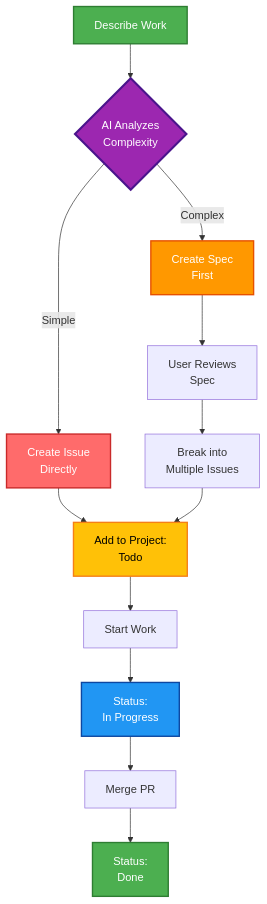
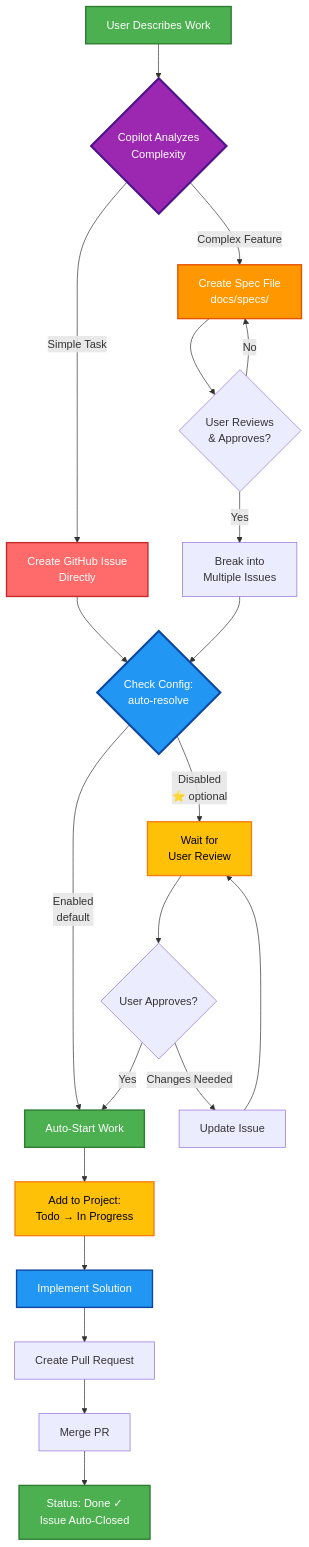
One commit to leopagotto/ingvar-kit changed the second of 2 diagrams in README.md. Above: the diagram before and after it, drawn with Mermaid. The commit also changed other lines of this file and 3 other files, not shown here.

Commit message:
docs: update architecture diagrams & wiki for v2.6.0

````diff
--- a/README.md
+++ b/README.md
@@ -106,22 +127,39 @@
 ```mermaid
 graph TB
-    A[Describe Work] --> B{AI Analyzes<br/>Complexity}
-    B -->|Simple| C[Create Issue<br/>Directly]
-    B -->|Complex| D[Create Spec<br/>First]
-    D --> E[User Reviews<br/>Spec]
-    E --> F[Break into<br/>Multiple Issues]
-    C --> G[Add to Project:<br/>Todo]
+    A[User Describes Work] --> B{Copilot Analyzes<br/>Complexity}
+
+    B -->|Simple Task| C[Create GitHub Issue<br/>Directly]
+    B -->|Complex Feature| D[Create Spec File<br/>docs/specs/]
+
+    D --> E{User Reviews<br/>& Approves?}
+    E -->|Yes| F[Break into<br/>Multiple Issues]
+    E -->|No| D
+
+    C --> G{Check Config:<br/>auto-resolve}
     F --> G
-    G --> H[Start Work]
-    H --> I[Status:<br/>In Progress]
-    I --> J[Merge PR]
-    J --> K[Status:<br/>Done]
+
+    G -->|Enabled<br/>default| H[Auto-Start Work]
+    G -->|Disabled<br/>⭐ optional| I[Wait for<br/>User Review]
+
+    I --> J{User Approves?}
+    J -->|Yes| H
+    J -->|Changes Needed| K[Update Issue]
+    K --> I
+
+    H --> L[Add to Project:<br/>Todo → In Progress]
+    L --> M[Implement Solution]
+    M --> N[Create Pull Request]
+    N --> O[Merge PR]
+    O --> P[Status: Done ✓<br/>Issue Auto-Closed]
 
     style A fill:#4CAF50,stroke:#2E7D32,stroke-width:2px,color:#fff
     style B fill:#9C27B0,stroke:#4A148C,stroke-width:3px,color:#fff
     style D fill:#FF9800,stroke:#E65100,stroke-width:2px,color:#fff
     style C fill:#FF6B6B,stroke:#C92A2A,stroke-width:2px,color:#fff
-    style G fill:#FFC107,stroke:#F57F17,stroke-width:2px,color:#000
-    style I fill:#2196F3,stroke:#0D47A1,stroke-width:2px,color:#fff
-    style K fill:#4CAF50,stroke:#2E7D32,stroke-width:2px,color:#fff
+    style G fill:#2196F3,stroke:#0D47A1,stroke-width:3px,color:#fff
+    style I fill:#FFC107,stroke:#F57F17,stroke-width:2px,color:#000
+    style H fill:#4CAF50,stroke:#2E7D32,stroke-width:2px,color:#fff
+    style L fill:#FFC107,stroke:#F57F17,stroke-width:2px,color:#000
+    style M fill:#2196F3,stroke:#0D47A1,stroke-width:2px,color:#fff
+    style P fill:#4CAF50,stroke:#2E7D32,stroke-width:2px,color:#fff
 ```
````
